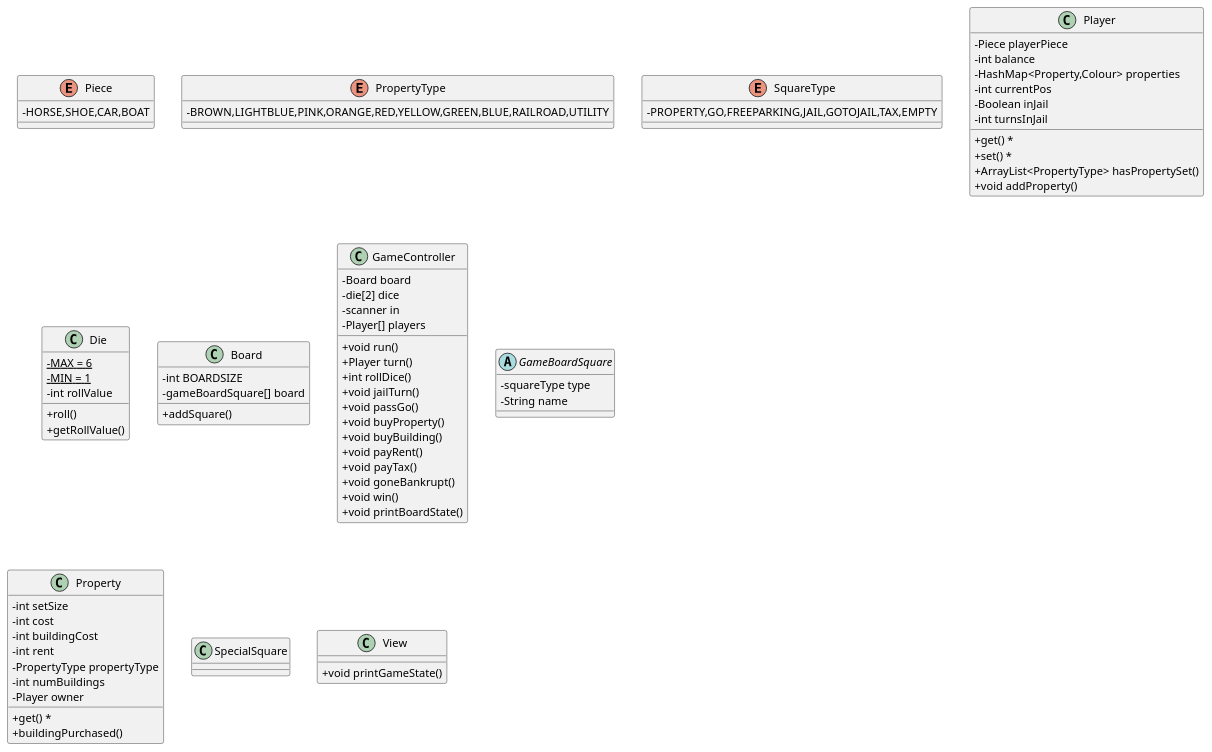
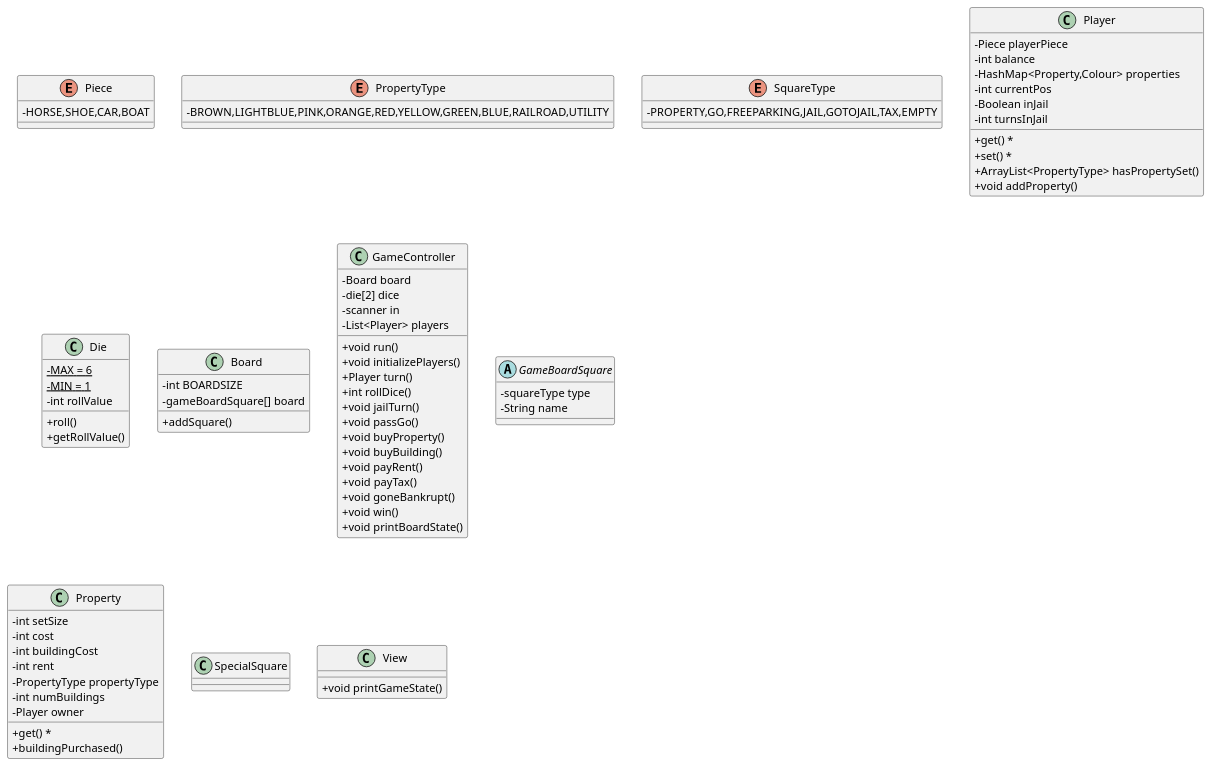
One commit to Everfeather/monopoly_12 changed the diagram in src/UML.puml. Above: the diagram before and after it, drawn with PlantUML. The commit also changed 4 other files, not shown here.

Commit message:
Updated: - UML diagram for GameController class - Board - Player Constructor - run method in GameController - initializePlayers() in GameController

```diff
--- a/src/UML.puml
+++ b/src/UML.puml
@@ -1,100 +1,101 @@
 @startuml
 
 'https://plantuml.com/class-diagram
 skinparam classAttributeIconSize 0
 
 
 'Property -|> GameBoardSquare
 'Property --> PropertyType
 
 'Player -> Piece
 
 'SpecialSquare --up|> GameBoardSquare
 
 'GameBoardSquare -> SquareType
 
 enum Piece{
     -HORSE,SHOE,CAR,BOAT
 }
 
 enum PropertyType{
     -BROWN,LIGHTBLUE,PINK,ORANGE,RED,YELLOW,GREEN,BLUE,RAILROAD,UTILITY
 }
 
 enum SquareType{
     -PROPERTY,GO,FREEPARKING,JAIL,GOTOJAIL,TAX,EMPTY
 }
 
 class Player{
     -Piece playerPiece
     -int balance
     -HashMap<Property,Colour> properties
     -int currentPos
     -Boolean inJail
     -int turnsInJail
     + get() *
     + set() *
     + ArrayList<PropertyType> hasPropertySet()
     + void addProperty()
 }
 
 class Die{
     - {static} MAX = 6
     - {static} MIN = 1
     -int rollValue
     +roll()
     +getRollValue()
 }
 
 class Board{
     - int BOARDSIZE
     - gameBoardSquare[] board
     + addSquare()
 }
 
 class GameController{
     -Board board
     -die[2] dice
     -scanner in
-    -Player[] players
+    -List<Player> players
     +void run()
+    +void initializePlayers()
     +Player turn()
     +int rollDice()
     +void jailTurn()
     +void passGo()
     +void buyProperty()
     +void buyBuilding()
     +void payRent()
     +void payTax()
     +void goneBankrupt()
     +void win()
     +void printBoardState()
 
 }
 
 abstract class GameBoardSquare{
     -squareType type
     -String name
 }
 
 class Property {
     -int setSize
     -int cost
     -int buildingCost
     -int rent
     -PropertyType propertyType
     -int numBuildings
     -Player owner
     +get() *
     +buildingPurchased()
 
 }
 
 class SpecialSquare{
 
 }
 
 class View{
     +void printGameState()
 }
 @enduml
```
